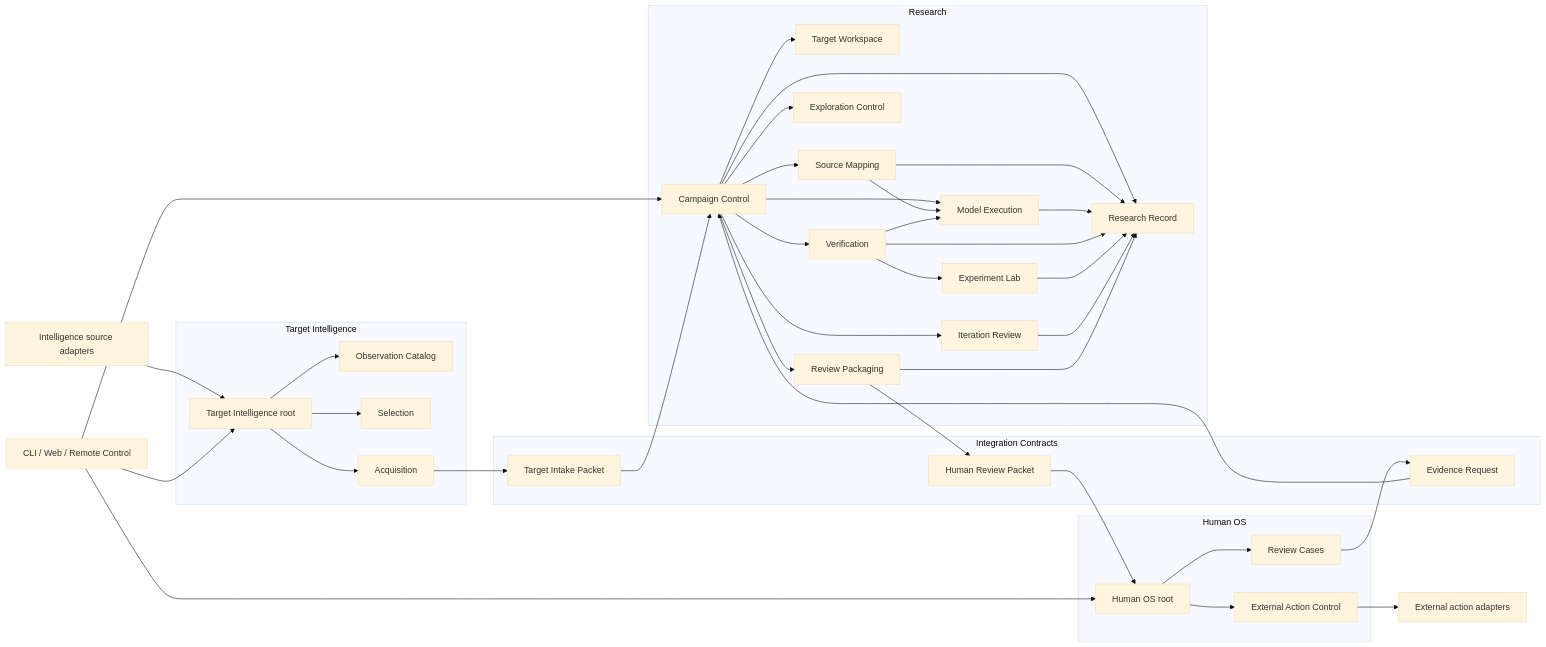
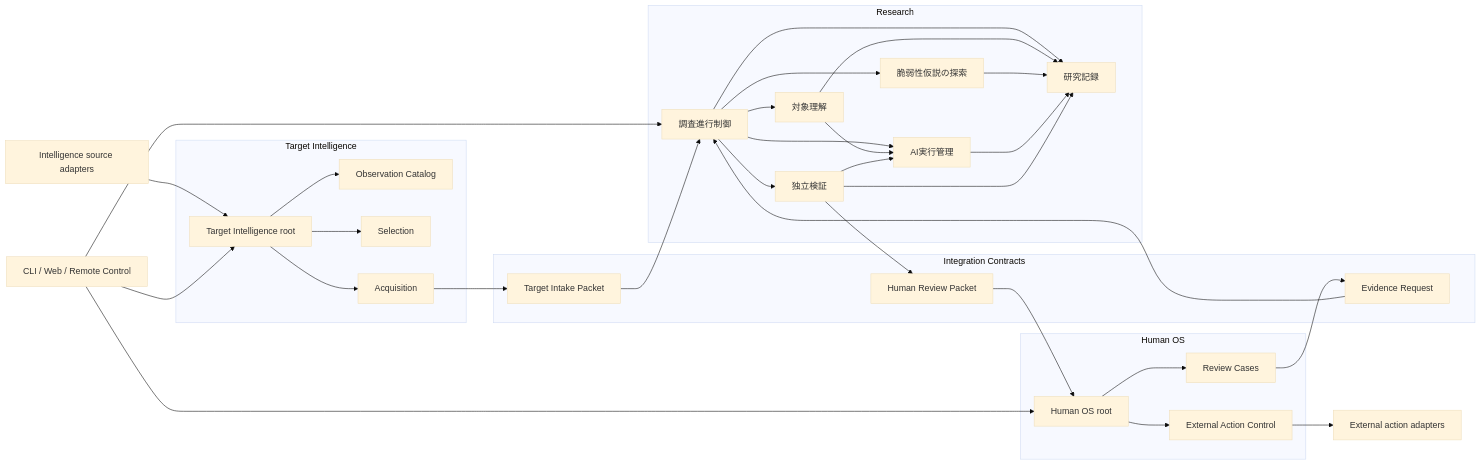
One commit to momoponwork1415-lgtm/wordpress-harness changed the diagram in docs/design/module-architecture.md. Above: the diagram before and after it, drawn with Mermaid (base theme). The commit also changed other lines of this file and 50 other files, not shown here.

Commit message:
docs: complete autonomous research architecture

````diff
--- a/docs/design/module-architecture.md
+++ b/docs/design/module-architecture.md
@@ -19,70 +19,60 @@
 ```mermaid
 flowchart LR
     operator[CLI / Web / Remote Control]
     feeds[Intelligence source adapters]
     actions[External action adapters]
 
     subgraph ti[Target Intelligence]
         tiroot[Target Intelligence root]
         observation[Observation Catalog]
         selection[Selection]
         acquisition[Acquisition]
         tiroot --> observation
         tiroot --> selection
         tiroot --> acquisition
     end
 
     subgraph integration[Integration Contracts]
         intake[Target Intake Packet]
         review[Human Review Packet]
         request[Evidence Request]
     end
 
     subgraph research[Research]
-        campaign[Campaign Control]
-        workspace[Target Workspace]
-        mapping[Source Mapping]
-        exploration[Exploration Control]
-        execution[Model Execution]
-        verification[Verification]
-        lab[Experiment Lab]
-        iteration[Iteration Review]
-        packaging[Review Packaging]
-        record[Research Record]
+        campaign[調査進行制御]
+        understanding[対象理解]
+        exploration[脆弱性仮説の探索]
+        verification[独立検証]
+        execution[AI実行管理]
+        record[研究記録]
     end
 
     subgraph human[Human OS]
         humanroot[Human OS root]
         cases[Review Cases]
         external[External Action Control]
         humanroot --> cases
         humanroot --> external
     end
 
     feeds --> tiroot
     operator --> tiroot
     operator --> campaign
     operator --> humanroot
     acquisition --> intake --> campaign
-    packaging --> review --> humanroot
+    verification --> review --> humanroot
     cases --> request --> campaign
     external --> actions
 
-    campaign --> workspace
-    campaign --> mapping
+    campaign --> understanding
     campaign --> exploration
     campaign --> execution
     campaign --> verification
-    campaign --> iteration
-    campaign --> packaging
     campaign --> record
-    mapping --> execution
-    mapping --> record
+    understanding --> execution
+    understanding --> record
+    exploration --> record
     execution --> record
     verification --> execution
-    verification --> lab
     verification --> record
-    lab --> record
-    iteration --> record
-    packaging --> record
 ```
````
